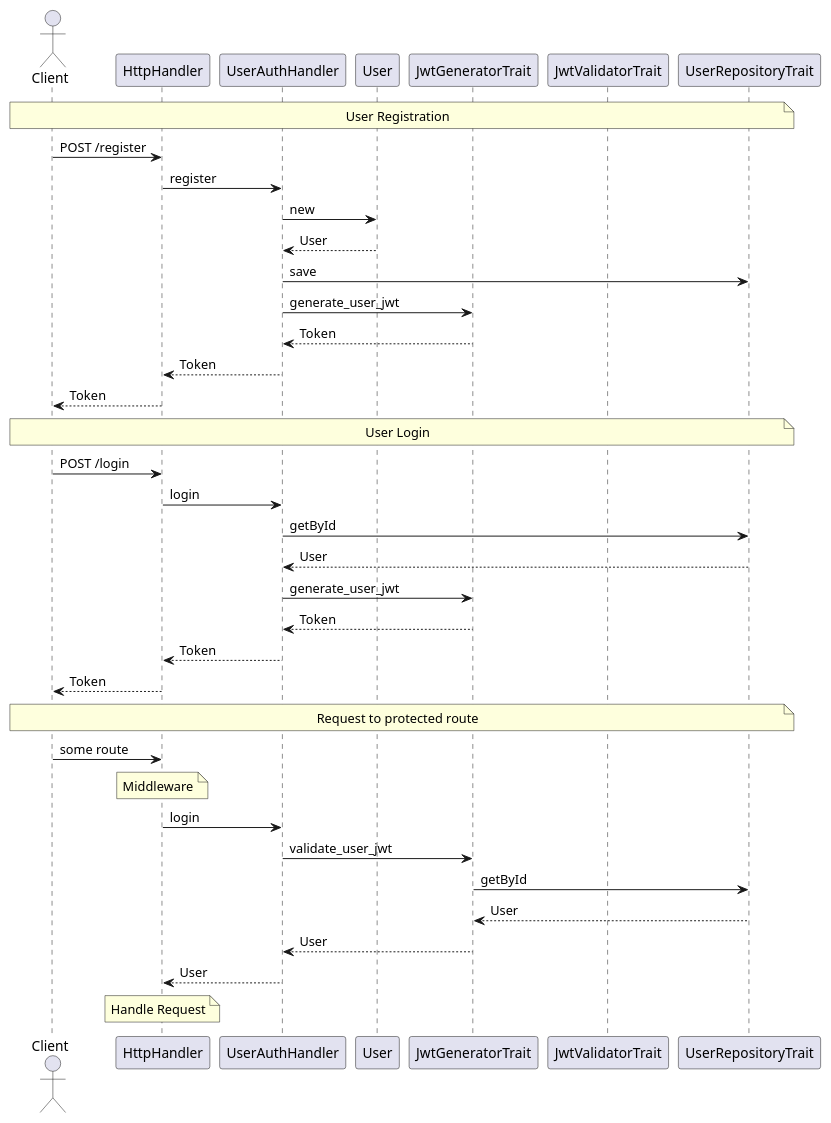
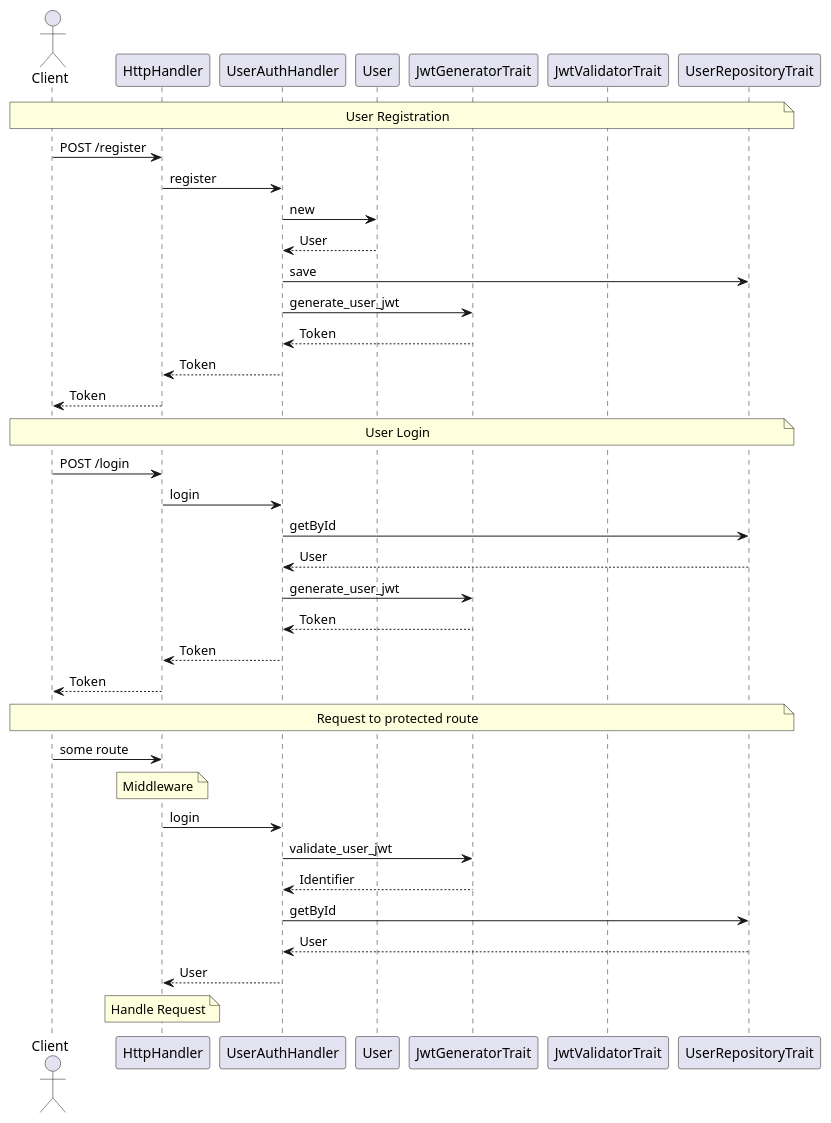
The diagram in backend/docs/UserAuthFlow.puml (jakob-rzeppa/turnkeeper), drawn with PlantUML before and after one commit.

```diff
--- a/backend/docs/UserAuthFlow.puml
+++ b/backend/docs/UserAuthFlow.puml
@@ -1,43 +1,43 @@
 @startuml
 
 actor "Client" as Cl
 participant "HttpHandler" as Http
 participant "UserAuthHandler" as Auth
 participant User
 participant "JwtGeneratorTrait" as JwtG
 participant "JwtValidatorTrait" as JwtV
 participant "UserRepositoryTrait" as Repo
 
 note over Cl,Repo: User Registration
 Cl -> Http: POST /register
 Http -> Auth: register
 Auth -> User: new
 User --> Auth: User
 Auth -> Repo: save
 Auth -> JwtG: generate_user_jwt
 JwtG --> Auth: Token
 Auth --> Http: Token
 Http --> Cl: Token
 
 note over Cl,Repo: User Login
 Cl -> Http: POST /login
 Http -> Auth: login
 Auth -> Repo: getById
 Repo --> Auth: User
 Auth -> JwtG: generate_user_jwt
 JwtG --> Auth: Token
 Auth --> Http: Token
 Http --> Cl: Token
 
 note over Cl,Repo: Request to protected route
 Cl -> Http: some route
 note over Http: Middleware
 Http -> Auth: login
 Auth -> JwtG: validate_user_jwt
-JwtG -> Repo: getById
-Repo --> JwtG: User
-JwtG --> Auth: User
+JwtG --> Auth: Identifier
+Auth -> Repo: getById
+Repo --> Auth: User
 Auth --> Http: User
 note over Http: Handle Request
 
 @enduml
```
